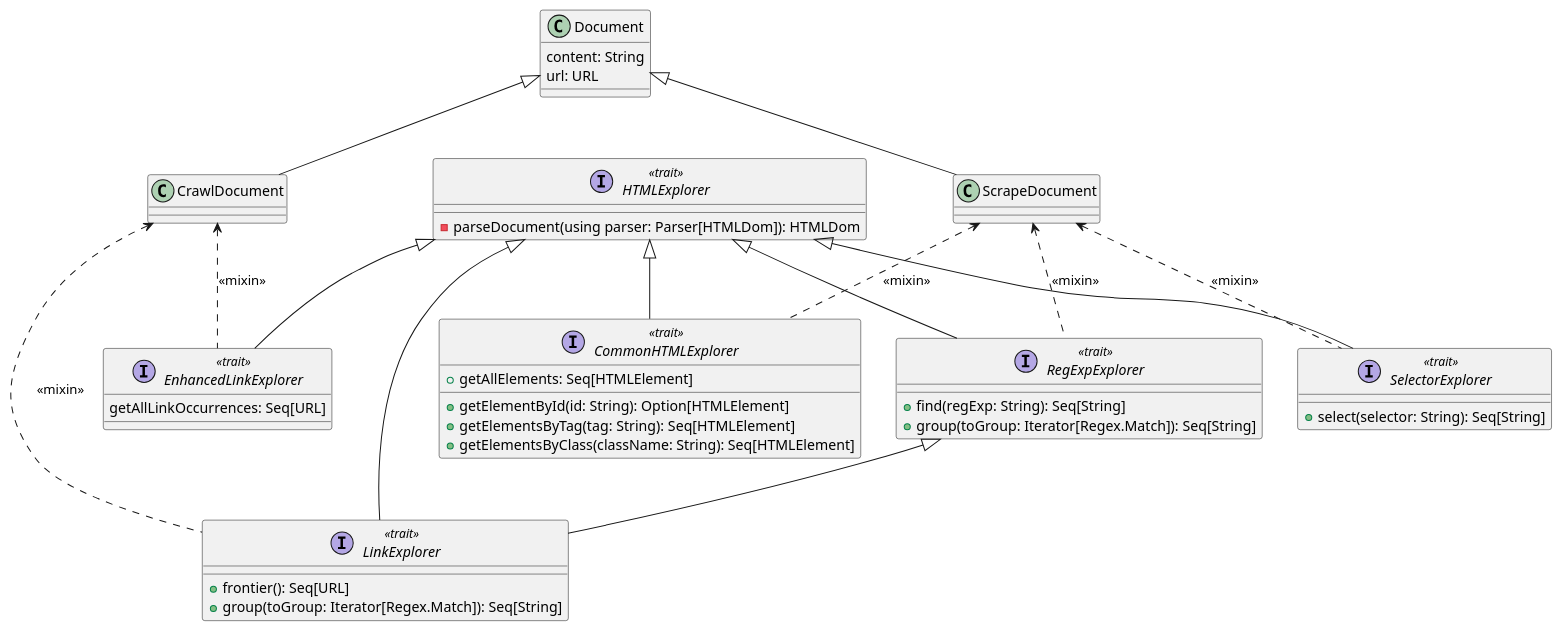
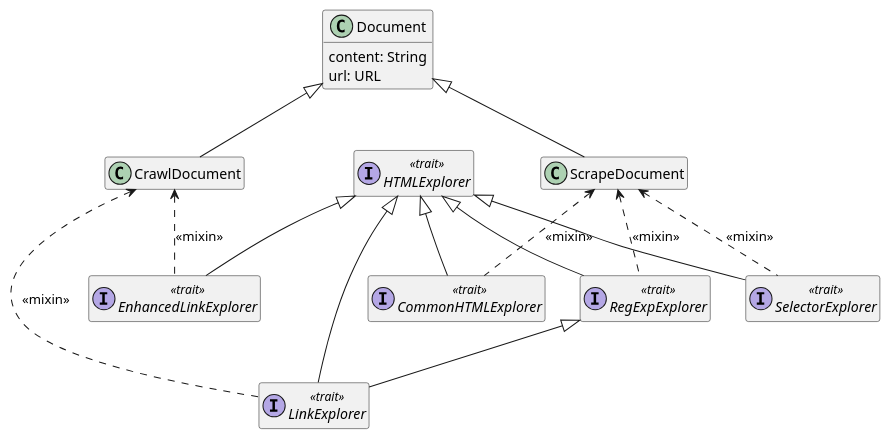
Before and after one commit to PPS-22-Scooby/pps-22-scooby.github.io: the seventh of 7 diagrams in Writerside/topics/In-Depth-Design.md, drawn with PlantUML. The commit also changed other lines of this file, not shown here.

Commit message:
docs: edit Scooby messages section

````diff
--- a/Writerside/topics/In-Depth-Design.md
+++ b/Writerside/topics/In-Depth-Design.md
@@ -197,49 +221,32 @@
 ```plantuml
 @startuml Document
+    hide empty members
     class Document {
         content: String
         url: URL
     }
     
     class ScrapeDocument extends Document 
     class CrawlDocument extends Document 
     
-    interface HTMLExplorer <<trait>> {
-         - parseDocument(using parser: Parser[HTMLDom]): HTMLDom
-    }
+    interface HTMLExplorer <<trait>>
     
-    interface LinkExplorer <<trait>> extends HTMLExplorer, RegExpExplorer{
-        +frontier(): Seq[URL]
-        +group(toGroup: Iterator[Regex.Match]): Seq[String]
-    }
+    interface LinkExplorer <<trait>> extends HTMLExplorer, RegExpExplorer
+    interface EnhancedLinkExplorer <<trait>> extends HTMLExplorer
     
-    interface EnhancedLinkExplorer <<trait>> extends HTMLExplorer {
-        getAllLinkOccurrences: Seq[URL]
-    }
+    interface SelectorExplorer <<trait>> extends HTMLExplorer
     
-    interface SelectorExplorer <<trait>> extends HTMLExplorer {
-        + select(selector: String): Seq[String]
-    }
+    interface CommonHTMLExplorer <<trait>> extends HTMLExplorer
     
-    interface CommonHTMLExplorer <<trait>> extends HTMLExplorer {
-        + getElementById(id: String): Option[HTMLElement]
-        + getElementsByTag(tag: String): Seq[HTMLElement]
-        + getElementsByClass(className: String): Seq[HTMLElement]
-        + getAllElements: Seq[HTMLElement]
-    }
-    
-    interface RegExpExplorer <<trait>> extends HTMLExplorer {
-        + find(regExp: String): Seq[String]
-        + group(toGroup: Iterator[Regex.Match]): Seq[String]
-    }
+    interface RegExpExplorer <<trait>> extends HTMLExplorer
     
     LinkExplorer .u.> CrawlDocument: <<mixin>>
     
     EnhancedLinkExplorer .u.> CrawlDocument: <<mixin>>
     
     SelectorExplorer .u.> ScrapeDocument: <<mixin>>
     CommonHTMLExplorer .u.> ScrapeDocument: <<mixin>>
     RegExpExplorer .u.> ScrapeDocument: <<mixin>>
     
 @enduml
 ```
````
